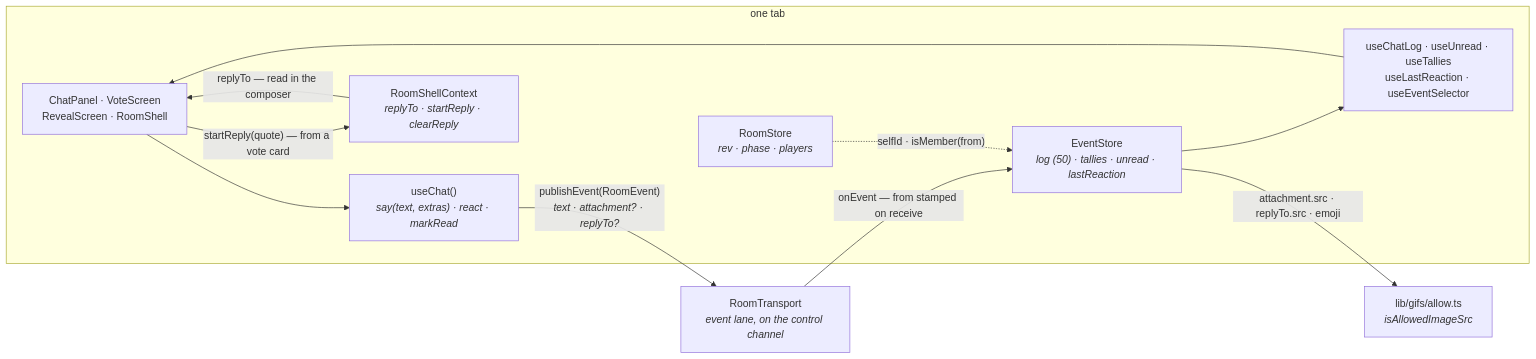
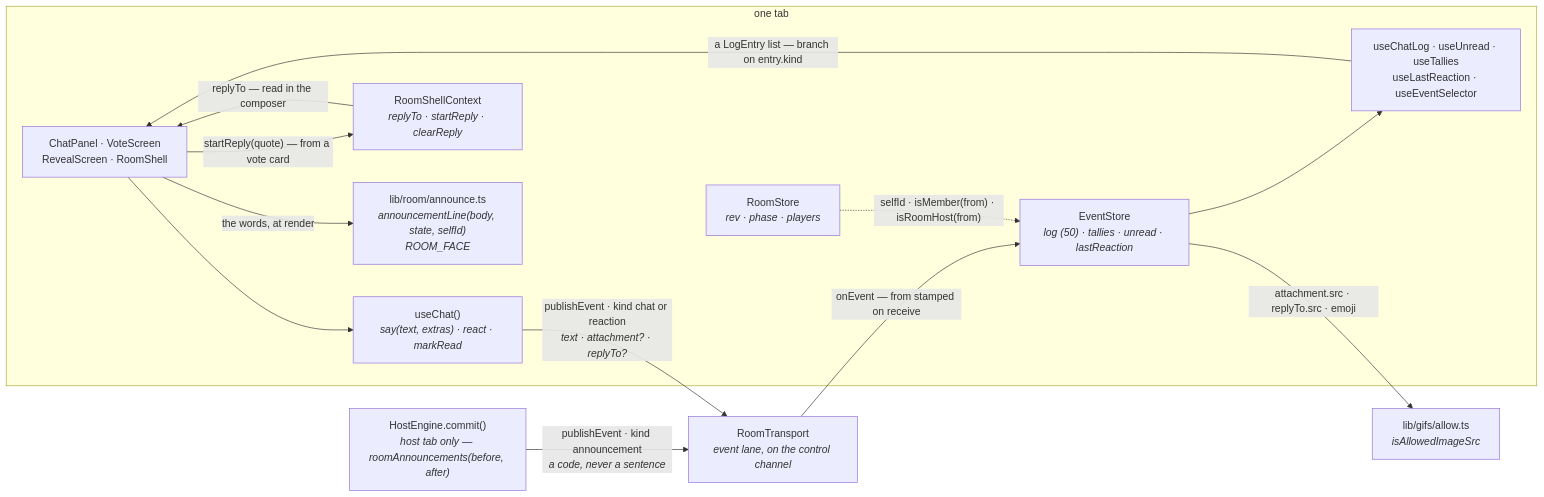
Before and after one commit to Jmeza081/captionist: the fifth of 12 diagrams in docs/architecture.md, drawn with Mermaid. The commit also changed other lines of this file and 55 other files, not shown here.

First line of the commit message:
Let the room say what changed, and stop it waiting on a closed tab

````diff
--- a/docs/architecture.md
+++ b/docs/architecture.md
@@ -1391,22 +1554,26 @@
 ```mermaid
 graph LR
   subgraph tab["one tab"]
     C["ChatPanel · VoteScreen<br/>RevealScreen · RoomShell"]
     CH["useChat()<br/><i>say(text, extras) · react · markRead</i>"]
     EV["EventStore<br/><i>log (50) · tallies · unread · lastReaction</i>"]
     HK["useChatLog · useUnread · useTallies<br/>useLastReaction · useEventSelector"]
     RS["RoomStore<br/><i>rev · phase · players</i>"]
     SH["RoomShellContext<br/><i>replyTo · startReply · clearReply</i>"]
+    AN["lib/room/announce.ts<br/><i>announcementLine(body, state, selfId)<br/>ROOM_FACE</i>"]
   end
+  HE["HostEngine.commit()<br/><i>host tab only — roomAnnouncements(before, after)</i>"]
   T["RoomTransport<br/><i>event lane, on the control channel</i>"]
   AL["lib/gifs/allow.ts<br/><i>isAllowedImageSrc</i>"]
 
   C -->|"startReply(quote) — from a vote card"| SH
   SH -->|"replyTo — read in the composer"| C
   C --> CH
-  CH -->|"publishEvent(RoomEvent)<br/><i>text · attachment? · replyTo?</i>"| T
+  CH -->|"publishEvent · kind chat or reaction<br/><i>text · attachment? · replyTo?</i>"| T
+  HE -->|"publishEvent · kind announcement<br/><i>a code, never a sentence</i>"| T
   T -->|"onEvent — from stamped on receive"| EV
   EV -->|"attachment.src · replyTo.src · emoji"| AL
-  EV --> HK --> C
-  RS -.->|"selfId · isMember(from)"| EV
+  EV --> HK -->|"a LogEntry list — branch on entry.kind"| C
+  C -->|"the words, at render"| AN
+  RS -.->|"selfId · isMember(from) · isRoomHost(from)"| EV
 ```
````
